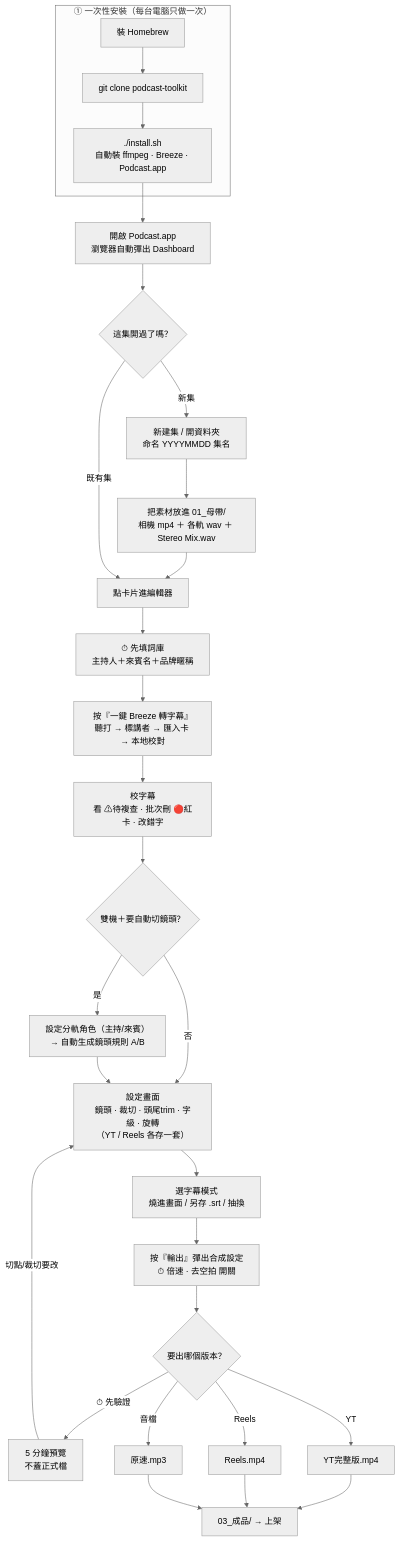
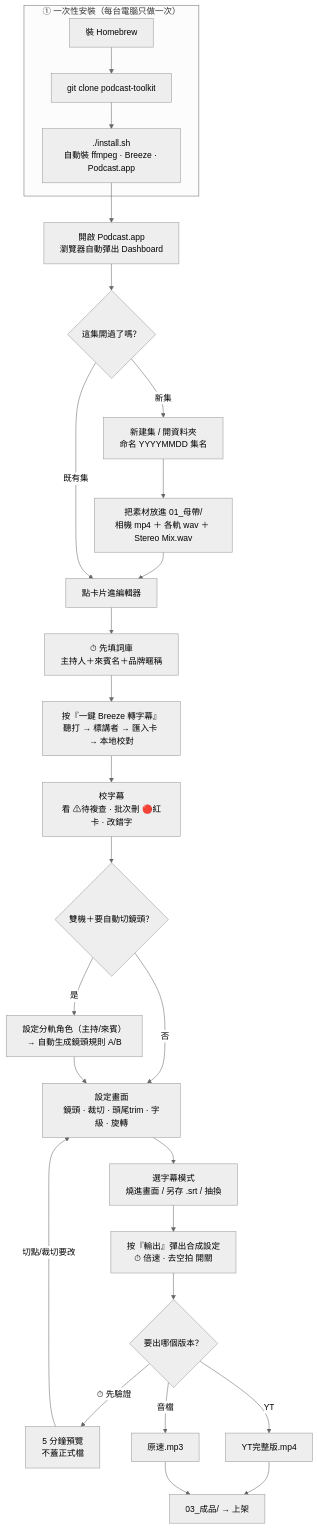
The diagram in README.md (Liiiiwei/podcast-toolkit), drawn with Mermaid (neutral theme) before and after one commit. The commit also changed other lines of this file, not shown here.

First line of the commit message:
docs: README 移除 Reels 輸出，對齊現況只留 YT＋MP3

````diff
--- a/README.md
+++ b/README.md
@@ -29,34 +29,32 @@
 ```mermaid
 flowchart TD
     subgraph S0["① 一次性安裝（每台電腦只做一次）"]
         I1["裝 Homebrew"] --> I2["git clone podcast-toolkit"] --> I3["./install.sh<br/>自動裝 ffmpeg · Breeze · Podcast.app"]
     end
 
     I3 --> A0["開啟 Podcast.app<br/>瀏覽器自動彈出 Dashboard"]
     A0 --> A1{"這集開過了嗎？"}
     A1 -- "新集" --> A2["新建集 / 開資料夾<br/>命名 YYYYMMDD 集名"]
     A2 --> B1["把素材放進 01_母帶/<br/>相機 mp4 ＋ 各軌 wav ＋ Stereo Mix.wav"]
     B1 --> A3["點卡片進編輯器"]
     A1 -- "既有集" --> A3
 
     A3 --> G1["⏱ 先填詞庫<br/>主持人＋來賓名＋品牌暱稱"]
     G1 --> C1["按『一鍵 Breeze 轉字幕』<br/>聽打 → 標講者 → 匯入卡 → 本地校對"]
     C1 --> C2["校字幕<br/>看 ⚠待複查 · 批次刪 🔴紅卡 · 改錯字"]
 
     C2 --> D0{"雙機＋要自動切鏡頭？"}
     D0 -- "是" --> D1["設定分軌角色（主持/來賓）<br/>→ 自動生成鏡頭規則 A/B"]
-    D0 -- "否" --> E1["設定畫面<br/>鏡頭 · 裁切 · 頭尾trim · 字級 · 旋轉<br/>（YT / Reels 各存一套）"]
+    D0 -- "否" --> E1["設定畫面<br/>鏡頭 · 裁切 · 頭尾trim · 字級 · 旋轉"]
     D1 --> E1
 
     E1 --> F0["選字幕模式<br/>燒進畫面 / 另存 .srt / 抽換"]
     F0 --> S1["按『輸出』彈出合成設定<br/>⏱ 倍速 · 去空拍 開關"]
     S1 --> F1{"要出哪個版本？"}
     F1 -- "⏱ 先驗證" --> P1["5 分鐘預覽<br/>不蓋正式檔"]
     P1 -- "切點/裁切要改" --> E1
     F1 -- "YT" --> O1["YT完整版.mp4"]
-    F1 -- "Reels" --> O2["Reels.mp4"]
     F1 -- "音檔" --> O3["原速.mp3"]
     O1 --> Z["03_成品/ → 上架"]
-    O2 --> Z
     O3 --> Z
 ```
````
